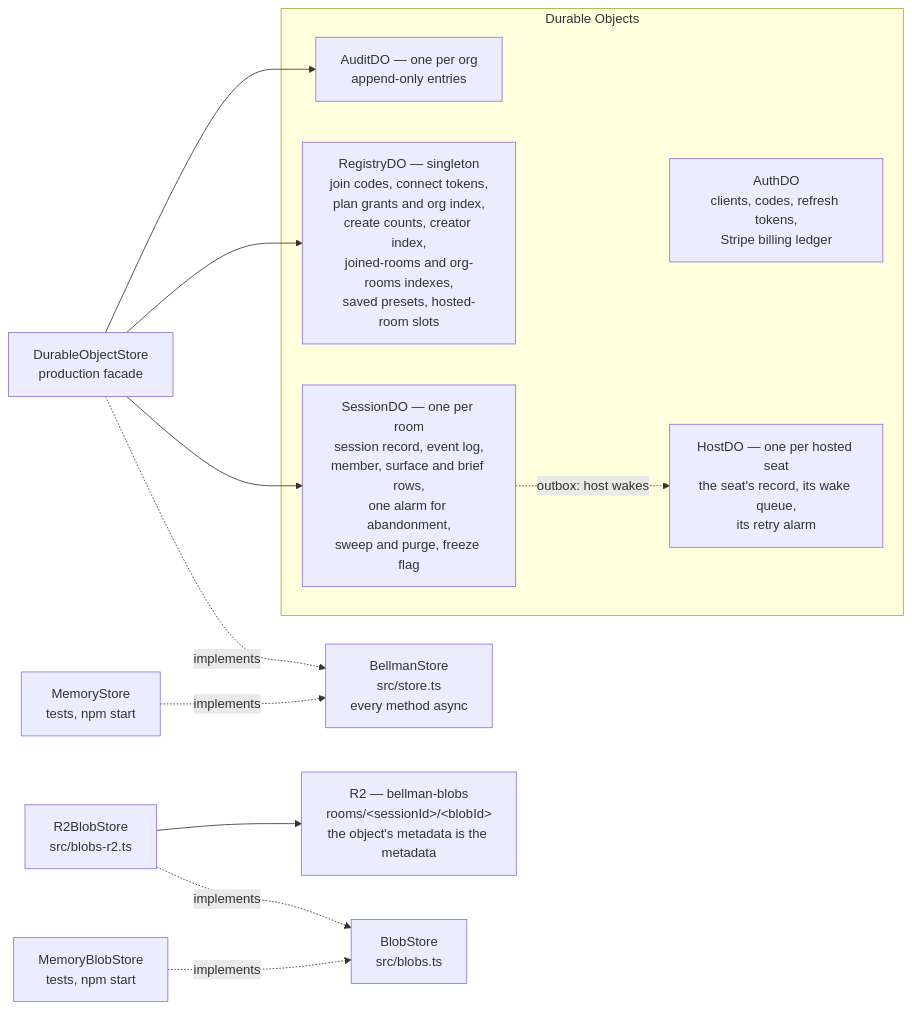
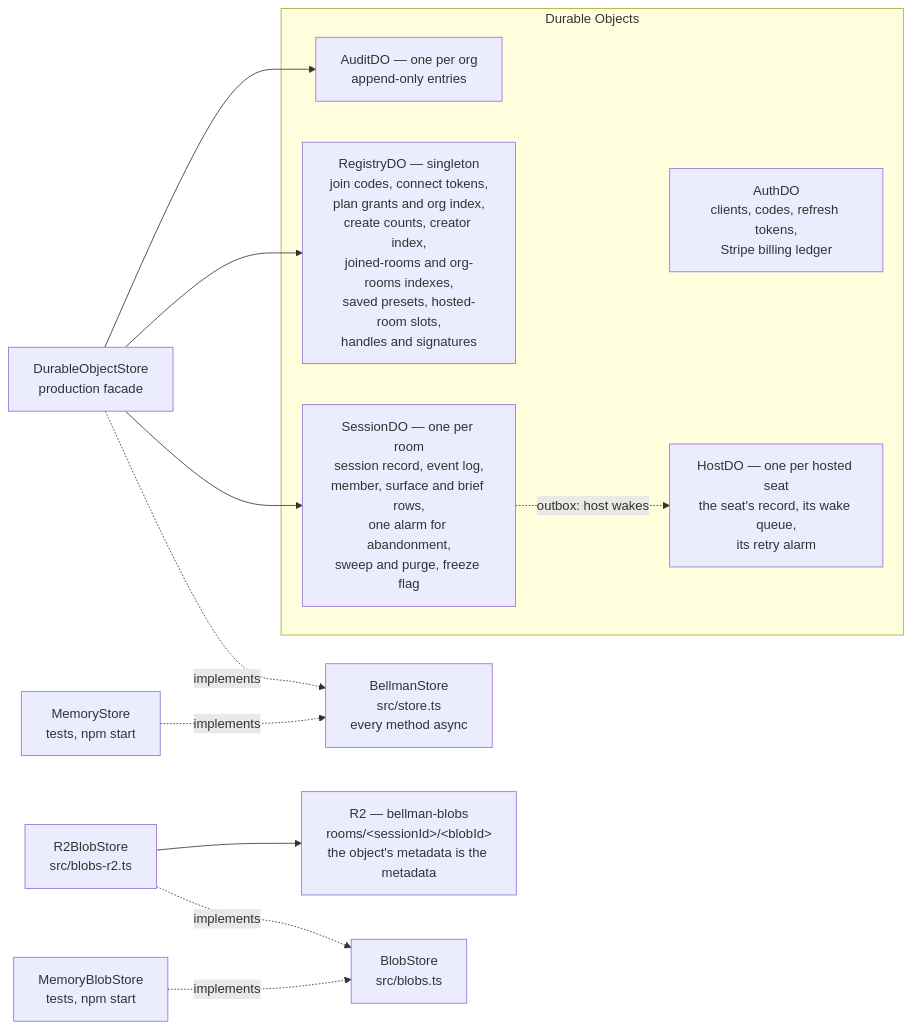
One commit to bellman-sh/bellman changed the fourth of 7 diagrams in docs/ARCHITECTURE.md. Above: the diagram before and after it, drawn with Mermaid. The commit also changed other lines of this file, not shown here.

First line of the commit message:
ARCHITECTURE.md names handles, signatures and their routes

````diff
--- a/docs/ARCHITECTURE.md
+++ b/docs/ARCHITECTURE.md
@@ -438,26 +445,26 @@
 ```mermaid
 flowchart LR
     BS["BellmanStore<br/>src/store.ts<br/>every method async"]
     MEM["MemoryStore<br/>tests, npm start"] -.implements.-> BS
     DOS["DurableObjectStore<br/>production facade"] -.implements.-> BS
 
     DOS --> SDO
     DOS --> RDO
     DOS --> ADO
 
     subgraph objects["Durable Objects"]
         SDO["SessionDO — one per room<br/>session record, event log,<br/>member, surface and brief rows,<br/>one alarm for abandonment,<br/>sweep and purge, freeze flag"]
-        RDO["RegistryDO — singleton<br/>join codes, connect tokens,<br/>plan grants and org index,<br/>create counts, creator index,<br/>joined-rooms and org-rooms indexes,<br/>saved presets, hosted-room slots"]
+        RDO["RegistryDO — singleton<br/>join codes, connect tokens,<br/>plan grants and org index,<br/>create counts, creator index,<br/>joined-rooms and org-rooms indexes,<br/>saved presets, hosted-room slots,<br/>handles and signatures"]
         ADO["AuditDO — one per org<br/>append-only entries"]
         AUTH["AuthDO<br/>clients, codes, refresh tokens,<br/>Stripe billing ledger"]
         HDO["HostDO — one per hosted seat<br/>the seat's record, its wake queue,<br/>its retry alarm"]
     end
 
     SDO -.->|"outbox: host wakes"| HDO
 
     BLOB["BlobStore<br/>src/blobs.ts"]
     R2["R2 — bellman-blobs<br/>rooms/&lt;sessionId&gt;/&lt;blobId&gt;<br/>the object's metadata is the metadata"]
     MEMB["MemoryBlobStore<br/>tests, npm start"] -.implements.-> BLOB
     R2S["R2BlobStore<br/>src/blobs-r2.ts"] -.implements.-> BLOB
     R2S --> R2
 ```
````
